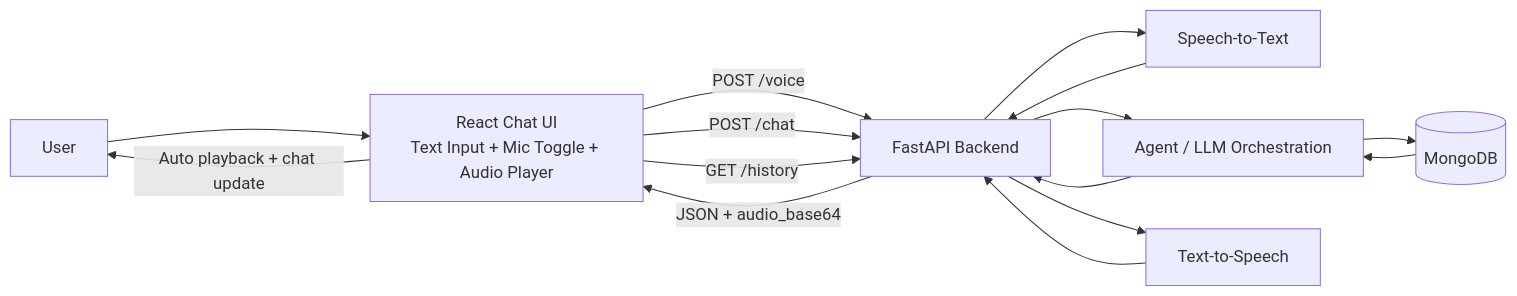
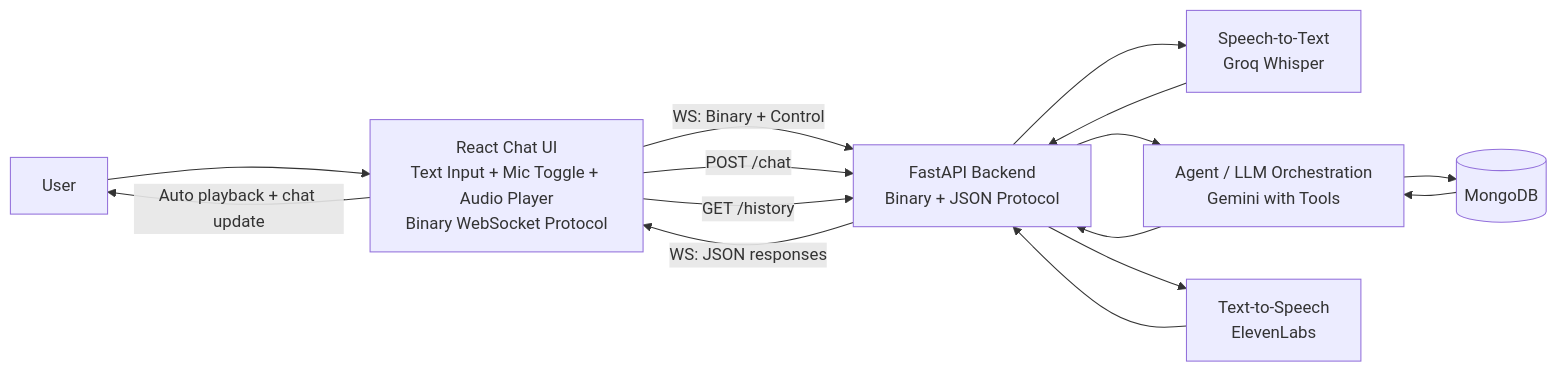
Before and after one commit to charanp2006/demo-voice-agent: the second of 2 diagrams in frontend/README.md, drawn with Mermaid. The commit also changed other lines of this file and 22 other files, not shown here.

Commit message:
Implemented ArrayBuffer for trnsfering audio instead base64

````diff
--- a/frontend/README.md
+++ b/frontend/README.md
@@ -397,27 +542,27 @@
 ```mermaid
 flowchart LR
   U[User]
-  FE[React Chat UI\nText Input + Mic Toggle + Audio Player]
-  API[FastAPI Backend]
-  STT[Speech-to-Text]
-  AG[Agent / LLM Orchestration]
+  FE[React Chat UI<br/>Text Input + Mic Toggle + Audio Player<br/>Binary WebSocket Protocol]
+  API[FastAPI Backend<br/>Binary + JSON Protocol]
+  STT[Speech-to-Text<br/>Groq Whisper]
+  AG[Agent / LLM Orchestration<br/>Gemini with Tools]
   DB[(MongoDB)]
-  TTS[Text-to-Speech]
+  TTS[Text-to-Speech<br/>ElevenLabs]
 
   U --> FE
-  FE -->|POST /voice| API
+  FE -->|WS: Binary + Control| API
   FE -->|POST /chat| API
   FE -->|GET /history| API
 
   API --> STT
   STT --> API
   API --> AG
   AG --> DB
   DB --> AG
   AG --> API
   API --> TTS
   TTS --> API
 
-  API -->|JSON + audio_base64| FE
+  API -->|WS: JSON responses| FE
   FE -->|Auto playback + chat update| U
 ```
````
